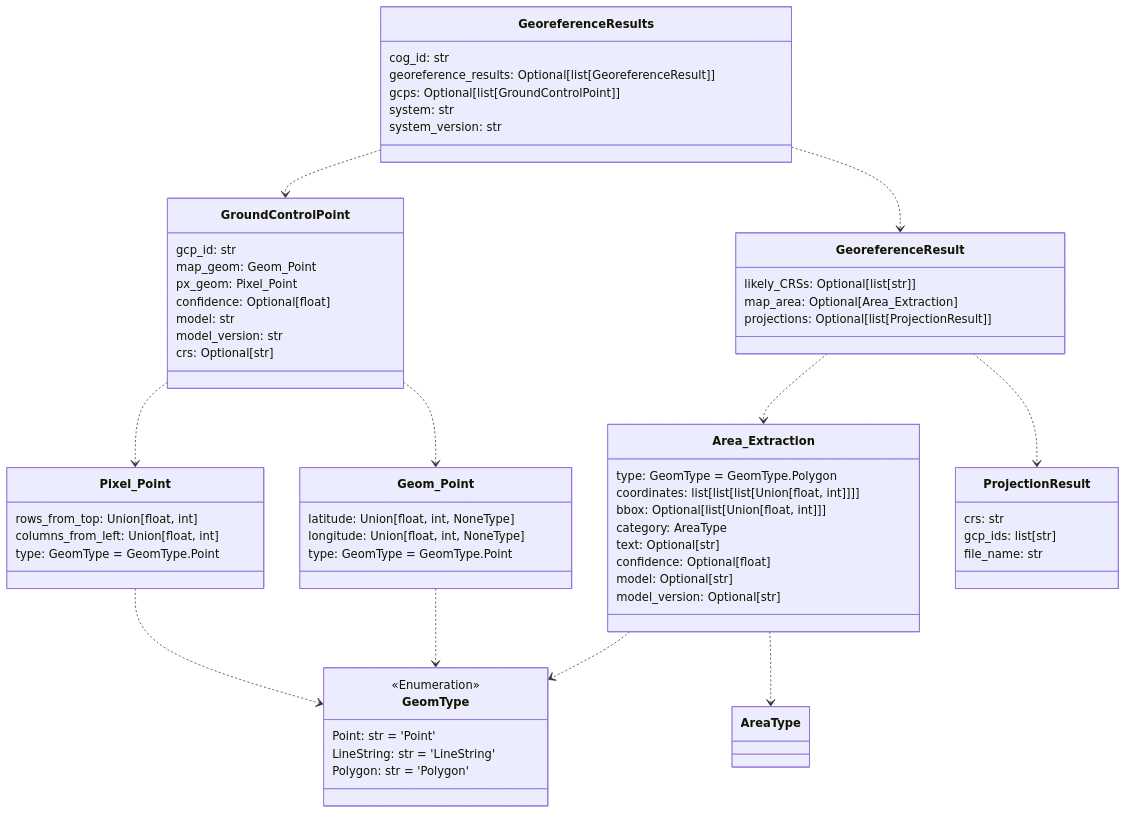
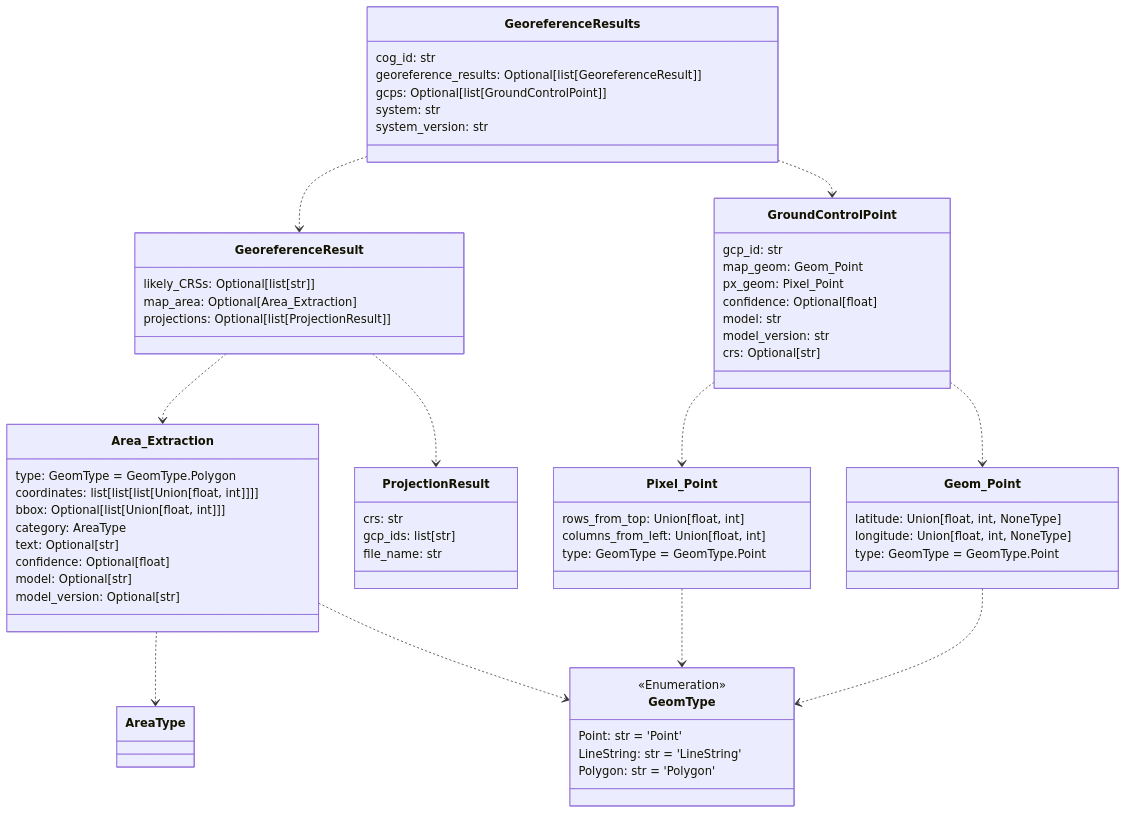
One commit to DARPA-CRITICALMAAS/cdr_schemas changed the first of 6 diagrams in README.md. Above: the diagram before and after it, drawn with Mermaid. The commit also changed other lines of this file and 4 other files, not shown here.

Commit message:
Better diagrams

````diff
--- a/README.md
+++ b/README.md
@@ -50,76 +50,76 @@
 ```mermaid
 classDiagram
 
-    class GroundControlPoint {
-        gcp_id: str
-        map_geom: Geom_Point
-        px_geom: Pixel_Point
-        confidence: Optional[float]
-        model: str
-        model_version: str
-        crs: Optional[str]
+    class GeoreferenceResult {
+        likely_CRSs: Optional[list[str]]
+        map_area: Optional[Area_Extraction]
+        projections: Optional[list[ProjectionResult]]
     }
 
-    class GeomType {
-        <<Enumeration>>
-        Point: str = 'Point'
-        LineString: str = 'LineString'
-        Polygon: str = 'Polygon'
-    }
-
-    class GeoreferenceResults {
-        cog_id: str
-        georeference_results: Optional[list[GeoreferenceResult]]
-        gcps: Optional[list[GroundControlPoint]]
-        system: str
-        system_version: str
+    class Pixel_Point {
+        rows_from_top: Union[float, int]
+        columns_from_left: Union[float, int]
+        type: GeomType = GeomType.Point
     }
 
     class Area_Extraction {
         type: GeomType = GeomType.Polygon
         coordinates: list[list[list[Union[float, int]]]]
         bbox: Optional[list[Union[float, int]]]
         category: AreaType
         text: Optional[str]
         confidence: Optional[float]
         model: Optional[str]
         model_version: Optional[str]
     }
 
-    class ProjectionResult {
-        crs: str
-        gcp_ids: list[str]
-        file_name: str
-    }
-
-    class GeoreferenceResult {
-        likely_CRSs: Optional[list[str]]
-        map_area: Optional[Area_Extraction]
-        projections: Optional[list[ProjectionResult]]
-    }
-
-    class Pixel_Point {
-        rows_from_top: Union[float, int]
-        columns_from_left: Union[float, int]
-        type: GeomType = GeomType.Point
+    class GeoreferenceResults {
+        cog_id: str
+        georeference_results: Optional[list[GeoreferenceResult]]
+        gcps: Optional[list[GroundControlPoint]]
+        system: str
+        system_version: str
     }
 
     class Geom_Point {
         latitude: Union[float, int, NoneType]
         longitude: Union[float, int, NoneType]
         type: GeomType = GeomType.Point
     }
 
+    class GroundControlPoint {
+        gcp_id: str
+        map_geom: Geom_Point
+        px_geom: Pixel_Point
+        confidence: Optional[float]
+        model: str
+        model_version: str
+        crs: Optional[str]
+    }
+
+    class ProjectionResult {
+        crs: str
+        gcp_ids: list[str]
+        file_name: str
+    }
+
+    class GeomType {
+        <<Enumeration>>
+        Point: str = 'Point'
+        LineString: str = 'LineString'
+        Polygon: str = 'Polygon'
+    }
+
+    Area_Extraction ..> AreaType
     Area_Extraction ..> GeomType
-    Area_Extraction ..> AreaType
     Geom_Point ..> GeomType
     Pixel_Point ..> GeomType
     GroundControlPoint ..> Pixel_Point
     GroundControlPoint ..> Geom_Point
     GeoreferenceResult ..> Area_Extraction
     GeoreferenceResult ..> ProjectionResult
+    GeoreferenceResults ..> GeoreferenceResult
     GeoreferenceResults ..> GroundControlPoint
-    GeoreferenceResults ..> GeoreferenceResult
 
 
 ```
````
